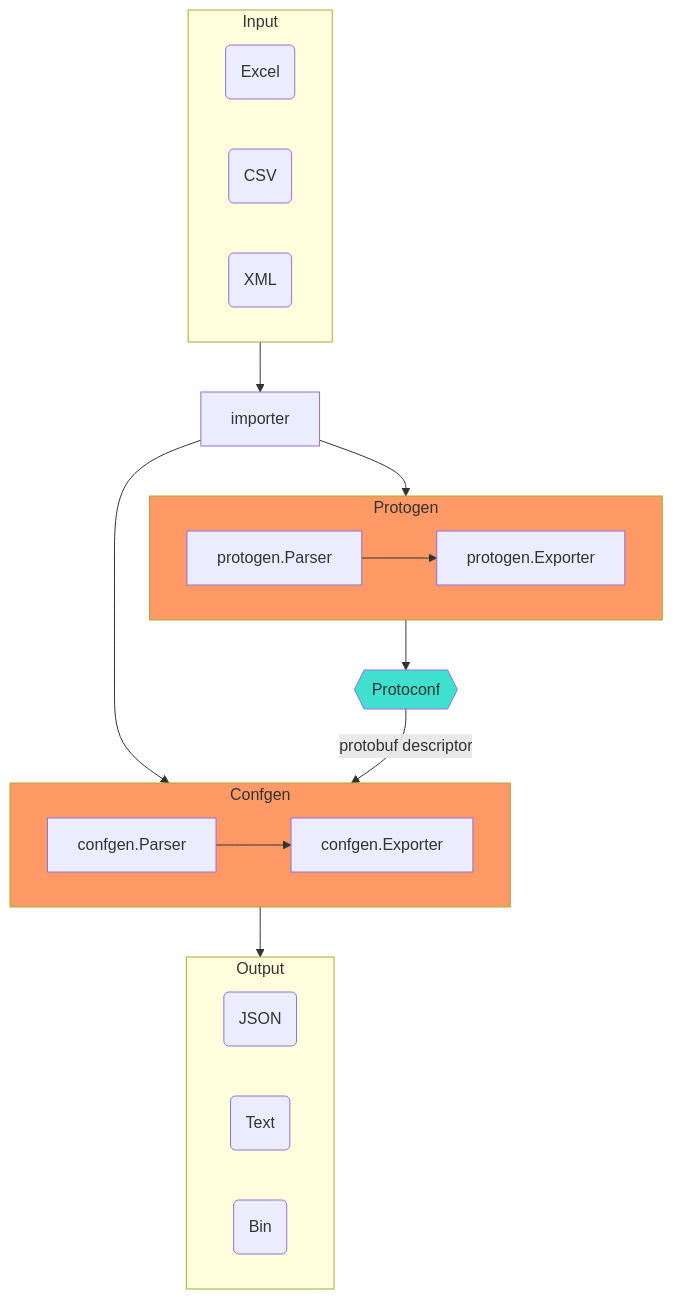
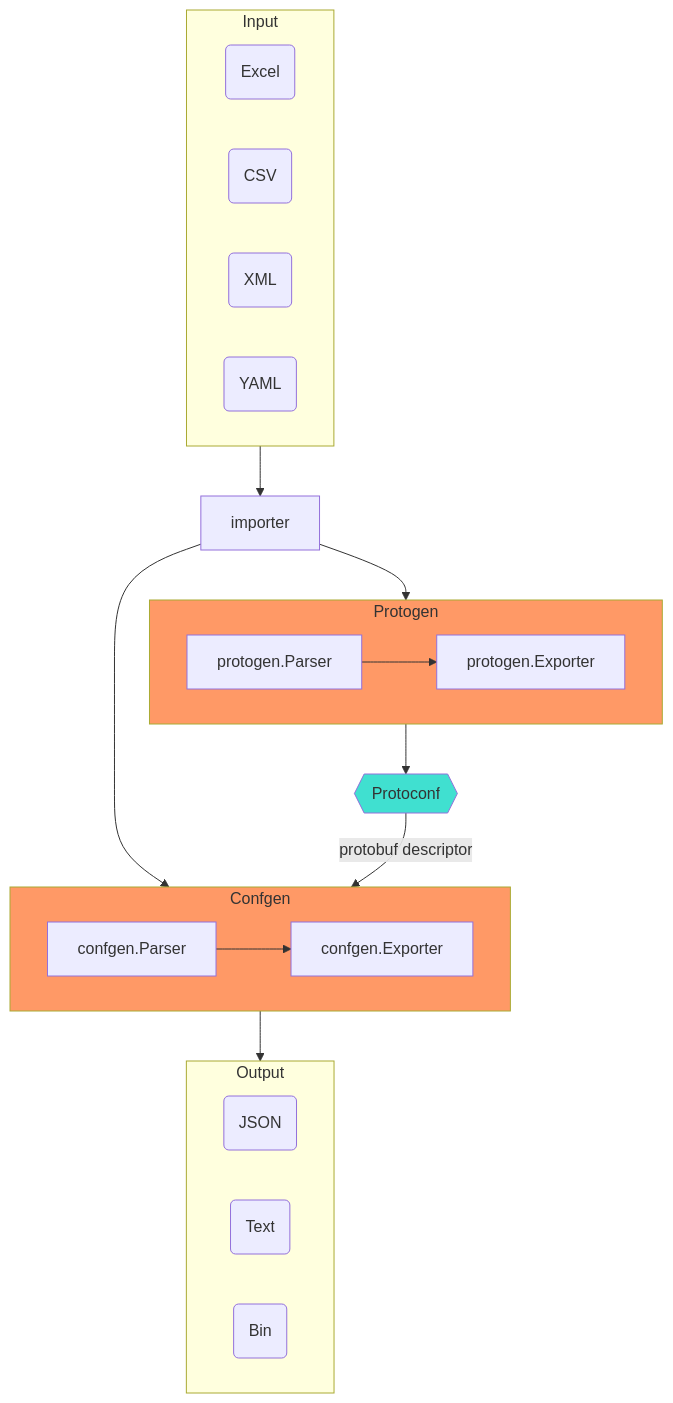
The diagram in content/en/docs/design/overview.md (tableauio/tableauio.github.io), drawn with Mermaid before and after one commit. The commit also changed other lines of this file and 20 other files, not shown here.

````diff
--- a/content/en/docs/design/overview.md
+++ b/content/en/docs/design/overview.md
@@ -31,53 +31,56 @@
 ```mermaid
 flowchart TD
   
   subgraph Input
     I1(Excel)
     click I1 href "https://github.com/qax-os/excelize"
 
     I2(CSV)
     click I2 href "https://pkg.go.dev/encoding/csv"
 
     I3(XML)
     click I3 href "https://github.com/antchfx/xmlquery"
+
+    I4(YAML)
+    click I4 href "https://github.com/go-yaml/yaml"
   end
 
   Input --> I[importer]
   click I href "https://github.com/tableauio/tableau/tree/master/internal/importer"
 
   subgraph Protogen
     PGP[protogen.Parser] --> E1[protogen.Exporter]
     click PGP href "https://github.com/tableauio/tableau/tree/master/internal/protogen/parser.go"
     click E1 href "https://github.com/tableauio/tableau/tree/master/internal/protogen/exporter.go"
   end
 
   I --> Protogen:::orangeclass
 
   subgraph Confgen
     CGP[confgen.Parser] --> CE[confgen.Exporter]
     click CGP href "https://github.com/tableauio/tableau/tree/master/internal/confgen/parser.go"
     click CE href "https://github.com/tableauio/tableau/tree/master/internal/confgen/mexporter"
   end
 
   I --> Confgen:::orangeclass
  
   Protogen --> B
   B{{Protoconf}}:::greenclass --> | protobuf descriptor | Confgen
 
   subgraph Output
     O1("JSON")
     click O1 href "https://developers.google.com/protocol-buffers/docs/proto3#json"
 
     O2("Text")
     click O2 href "https://developers.google.com/protocol-buffers/docs/text-format-spec"
 
     O3("Bin")
     click O3 href "https://developers.google.com/protocol-buffers/docs/encoding"
   end
 
   Confgen --> Output
   
   classDef orangeclass fill:#f96;
   classDef greenclass fill:#40E0D0;
   
 ```
````
